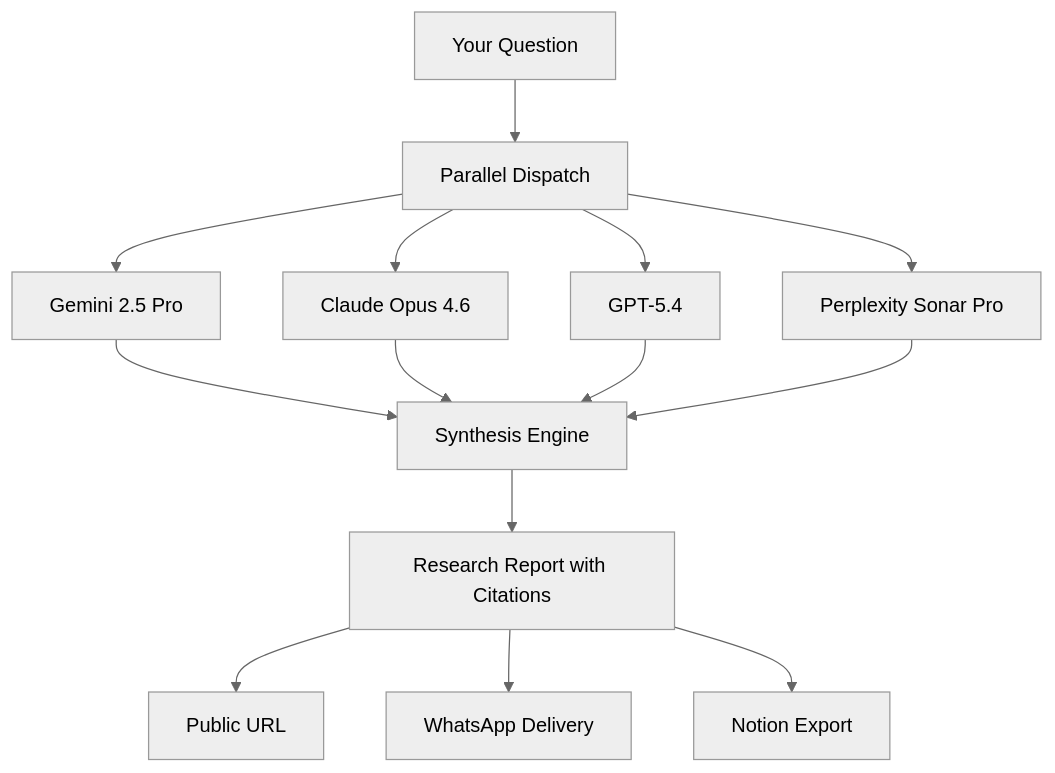
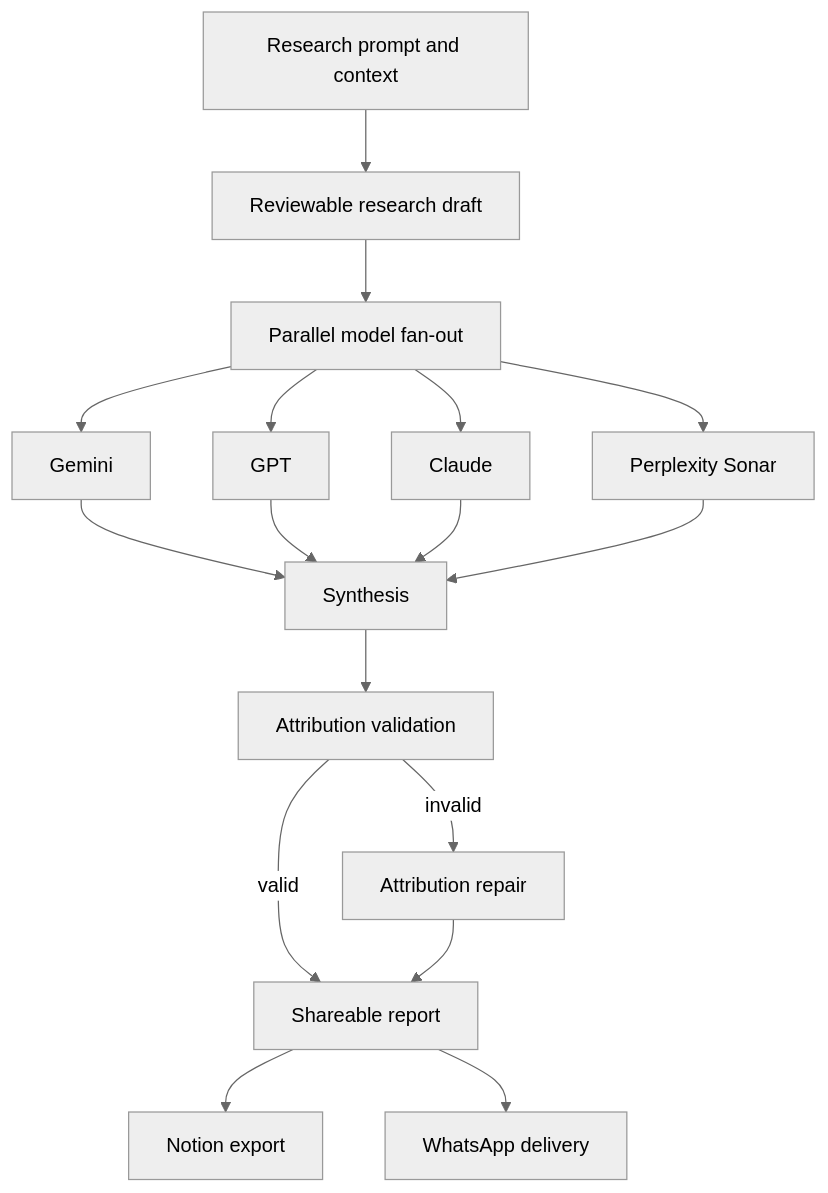
One commit to pbuchman/intexuraos changed the third of 4 diagrams in README.md. Above: the diagram before and after it, drawn with Mermaid (neutral theme). The commit also changed other lines of this file and 11 other files, not shown here.

````diff
--- a/README.md
+++ b/README.md
@@ -157,15 +164,19 @@
 ```mermaid
-graph TB
-    Q[Your Question] --> P[Parallel Dispatch]
-
-    P --> Gemini[Gemini 2.5 Pro]
-    P --> Claude[Claude Opus 4.6]
-    P --> GPT[GPT-5.4]
-    P --> Sonar[Perplexity Sonar Pro]
-
-    Gemini & Claude & GPT & Sonar --> S[Synthesis Engine]
-    S --> R[Research Report with Citations]
-    R --> Share[Public URL]
-    R --> WA2[WhatsApp Delivery]
-    R --> Notion[Notion Export]
+flowchart TB
+    Q[Research prompt and context] --> DRAFT[Reviewable research draft]
+    DRAFT --> FANOUT[Parallel model fan-out]
+    FANOUT --> GEM[Gemini]
+    FANOUT --> GPT[GPT]
+    FANOUT --> CLAUDE[Claude]
+    FANOUT --> SONAR[Perplexity Sonar]
+    GEM --> SYN[Synthesis]
+    GPT --> SYN
+    CLAUDE --> SYN
+    SONAR --> SYN
+    SYN --> ATTR[Attribution validation]
+    ATTR -->|valid| SHARE[Shareable report]
+    ATTR -->|invalid| REPAIR[Attribution repair]
+    REPAIR --> SHARE
+    SHARE --> NOTION[Notion export]
+    SHARE --> WA2[WhatsApp delivery]
 ```
````
